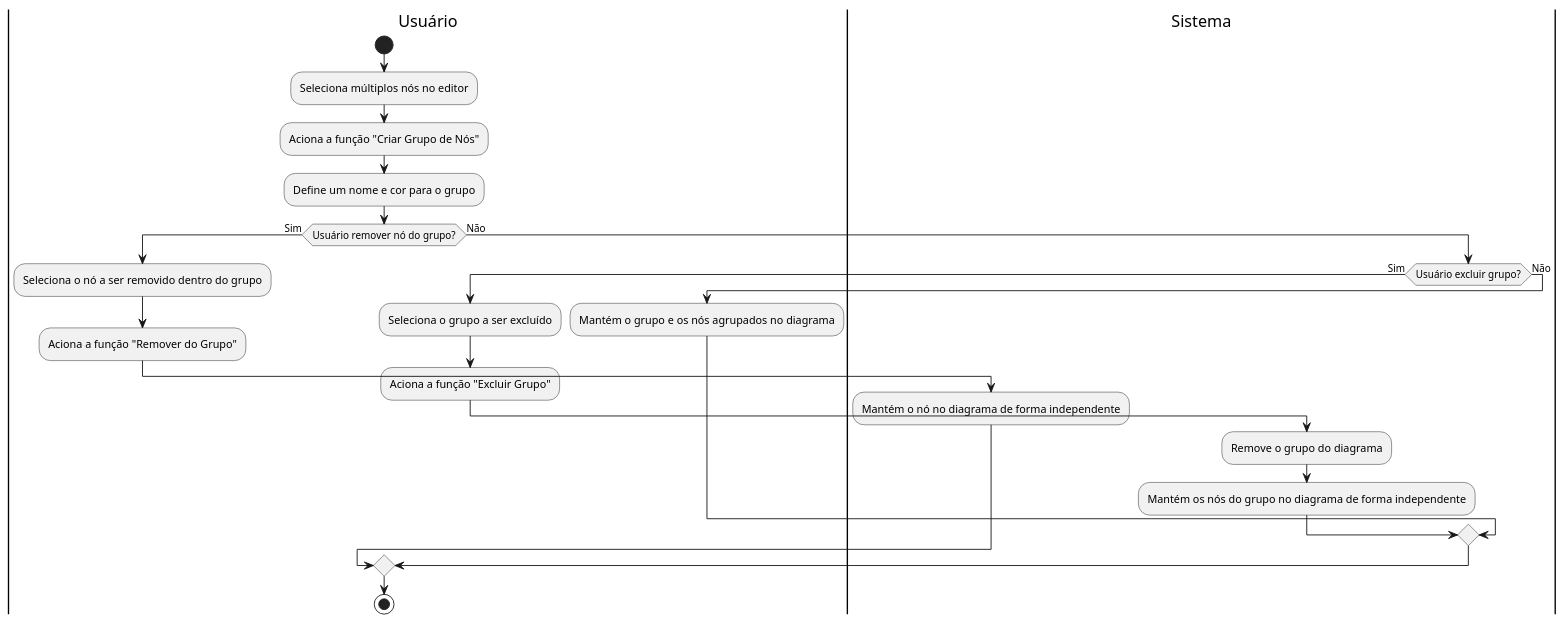
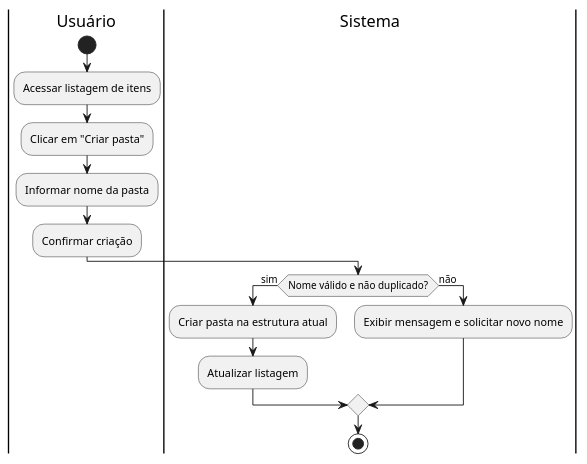
Before and after one commit to aspiringluke/Projeto-Integrado-Mobile: the diagram in docs/casosUso/uml/diagramas_atividade/diagrama_atividade_UC07.puml, drawn with PlantUML. The commit also changed 19 other files, not shown here.

Commit message:
docs: Diagramas de atividade ajustados aos casos de uso atuais

```diff
--- a/docs/casosUso/uml/diagramas_atividade/diagrama_atividade_UC07.puml
+++ b/docs/casosUso/uml/diagramas_atividade/diagrama_atividade_UC07.puml
@@ -1,31 +1,19 @@
 @startuml diagrama_UC07
 
 |Usuário|
 start
-:Seleciona múltiplos nós no editor;
-:Aciona a função "Criar Grupo de Nós";
-:Define um nome e cor para o grupo;
+:Acessar listagem de itens;
+:Clicar em "Criar pasta";
+:Informar nome da pasta;
+:Confirmar criação;
 
-if (Usuário remover nó do grupo?) then (Sim)
-  |Usuário|
-  :Seleciona o nó a ser removido dentro do grupo;
-  :Aciona a função "Remover do Grupo";
+|Sistema|
+if (Nome válido e não duplicado?) then (sim)
+  :Criar pasta na estrutura atual;
+  :Atualizar listagem;
+else (não)
+  :Exibir mensagem e solicitar novo nome;
+endif
 
-  |Sistema|
-  :Mantém o nó no diagrama de forma independente;
-else (Não)
-  if (Usuário excluir grupo?) then (Sim)
-    |Usuário|
-    :Seleciona o grupo a ser excluído;
-    :Aciona a função "Excluir Grupo";
-    
-    |Sistema|
-    :Remove o grupo do diagrama;
-    :Mantém os nós do grupo no diagrama de forma independente;
-  else (Não)
-    |Usuário|
-    :Mantém o grupo e os nós agrupados no diagrama;
-    endif
-endif
-    stop
+stop
 @enduml
```
